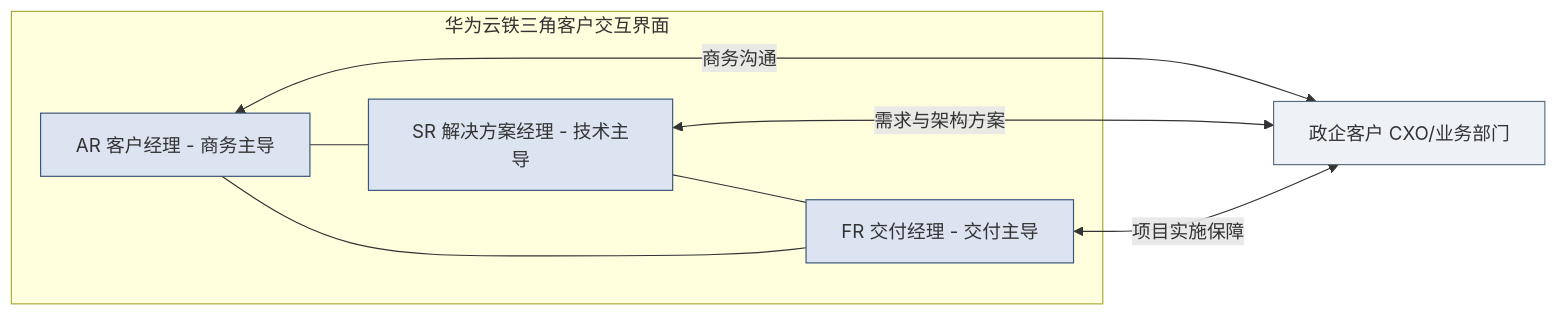
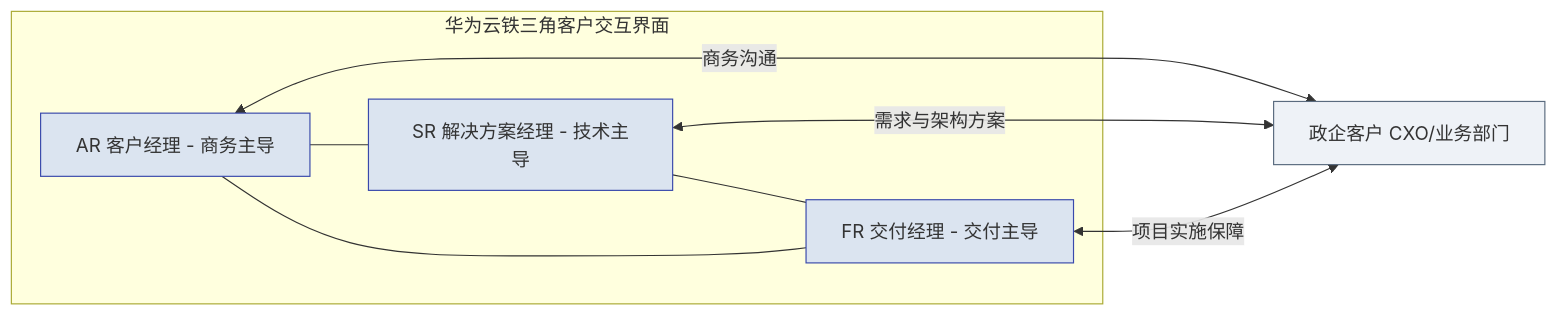
The second of 4 diagrams in textbook/第13章_中国云服务商的FDE实践图谱.md (cloudzun/fde-course), drawn with Mermaid before and after one commit. The commit also changed other lines of this file and 12 other files, not shown here.

Commit message:
style: 全库21张mermaid图规范化——节点ID语义化+品牌色统一+补齐图注，第11章新增反馈环路图

````diff
--- a/textbook/第13章_中国云服务商的FDE实践图谱.md
+++ b/textbook/第13章_中国云服务商的FDE实践图谱.md
@@ -109,20 +110,20 @@
 ```mermaid
 graph LR
     subgraph tri["华为云铁三角客户交互界面"]
         AR["AR 客户经理 - 商务主导"] 
         SR["SR 解决方案经理 - 技术主导"] 
         FR["FR 交付经理 - 交付主导"]
         AR --- SR
         SR --- FR
         FR --- AR
     end
     Client["政企客户 CXO/业务部门"]
     AR <-->|商务沟通| Client
     SR <-->|需求与架构方案| Client
     FR <-->|项目实施保障| Client
 
-    style AR fill:#dbe4f0,stroke:#3a5578
-    style SR fill:#dbe4f0,stroke:#3a5578
-    style FR fill:#dbe4f0,stroke:#3a5578
+    style AR fill:#dbe4f0,stroke:#3949ab
+    style SR fill:#dbe4f0,stroke:#3949ab
+    style FR fill:#dbe4f0,stroke:#3949ab
     style Client fill:#eef2f7,stroke:#5a6b7f
 ```
````
